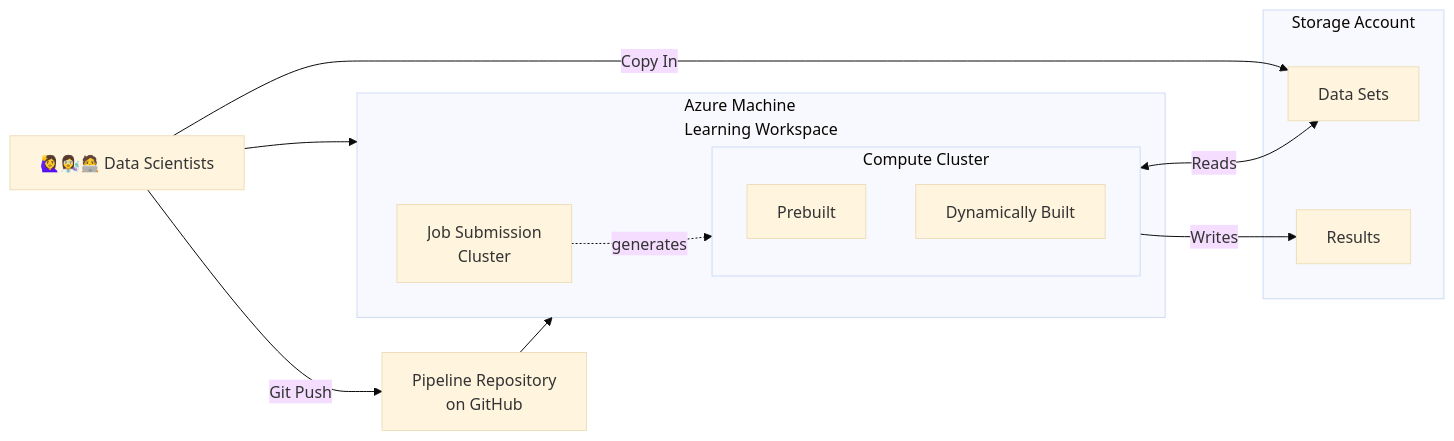
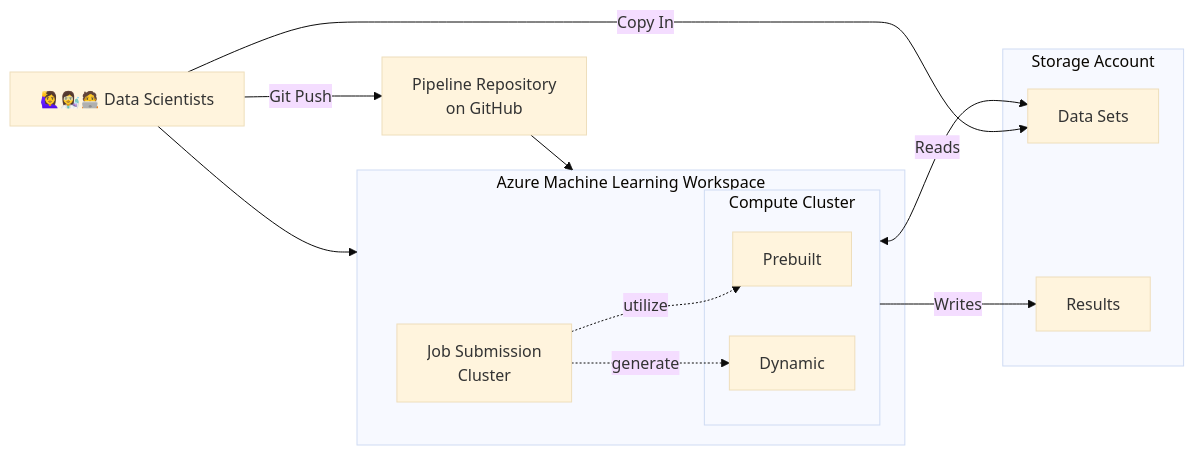
The second of 2 diagrams in azure-deployment/README.md (Internet2/class-adv-spr2024-aiml), drawn with Mermaid (base theme) before and after one commit.

Commit message:
Minor tweak to diagram

````diff
--- a/azure-deployment/README.md
+++ b/azure-deployment/README.md
@@ -28,21 +28,23 @@
 ```mermaid
 graph LR;
   scientist[🙋‍♀️👩‍🔬🧑‍💻 Data Scientists] --Git Push--> repo[Pipeline Repository\non GitHub]
   scientist -->azml
   scientist --Copy In-->data
-  subgraph azml[Azure Machine\nLearning Workspace]
+  subgraph azml[Azure Machine Learning Workspace]
     compute[Compute Node]
     subgraph computeC[Compute Cluster]
       computeP[Prebuilt]
-      computeD[Dynamically Built]
+      computeD[Dynamic]
     end
   end
   repo --> azml
-  compute[Job Submission\nCluster] -. generates .->computeC[Short Lived\nCompute Cluster]
+  compute[Job Submission\nCluster] -. generate .->computeD
+  compute[Job Submission\nCluster] -. utilize .->computeP
+
   computeC --Writes-->results
   computeC <--Reads--> data
   subgraph sa[Storage Account]
     results[Results]
     data[Data Sets]
   end
 ```
````
